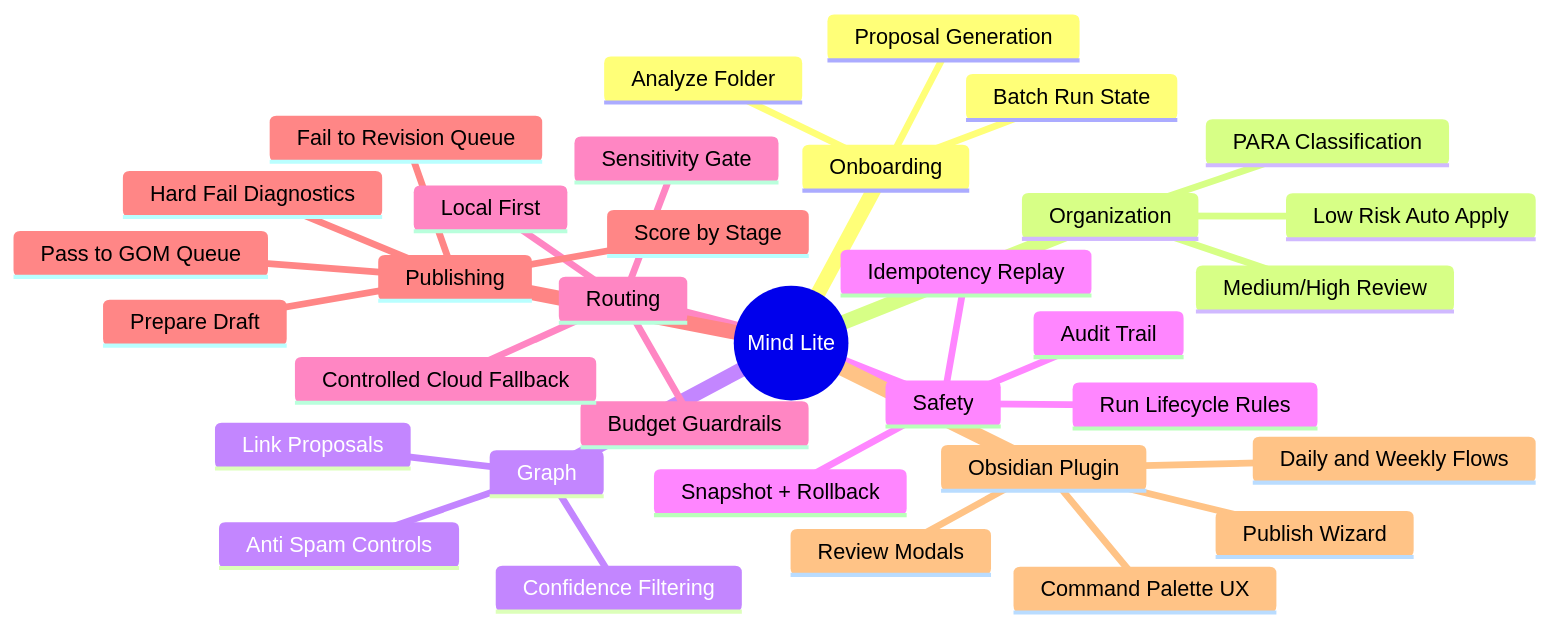
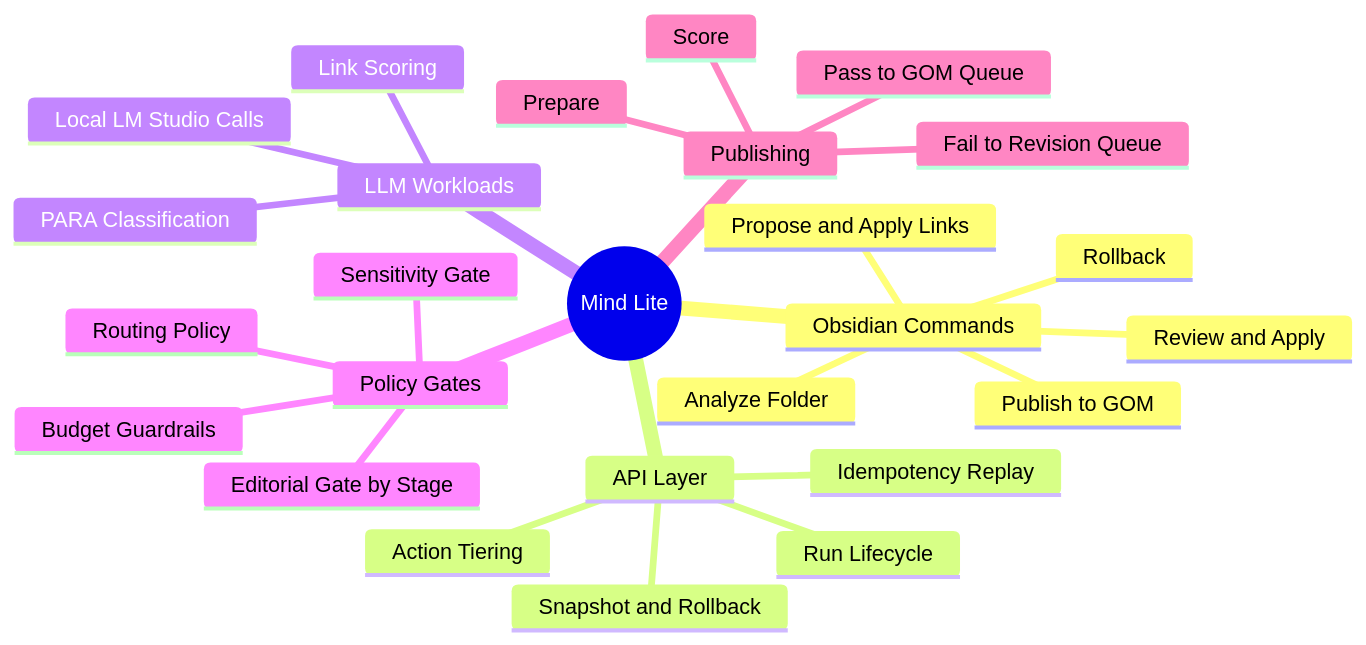
Before and after one commit to TorusSynth/Mind-Lite: the diagram in README.md, drawn with Mermaid. The commit also changed other lines of this file, not shown here.

````diff
--- a/README.md
+++ b/README.md
@@ -28,37 +24,29 @@
 ```mermaid
 mindmap
   root((Mind Lite))
-    Onboarding
+    Obsidian Commands
       Analyze Folder
-      Batch Run State
-      Proposal Generation
-    Organization
+      Review and Apply
+      Rollback
+      Propose and Apply Links
+      Publish to GOM
+    API Layer
+      Run Lifecycle
+      Action Tiering
+      Snapshot and Rollback
+      Idempotency Replay
+    LLM Workloads
       PARA Classification
-      Low Risk Auto Apply
-      Medium/High Review
-    Graph
-      Link Proposals
-      Confidence Filtering
-      Anti Spam Controls
-    Safety
-      Snapshot + Rollback
-      Idempotency Replay
-      Audit Trail
-      Run Lifecycle Rules
-    Routing
-      Local First
+      Link Scoring
+      Local LM Studio Calls
+    Policy Gates
       Sensitivity Gate
       Budget Guardrails
-      Controlled Cloud Fallback
+      Routing Policy
+      Editorial Gate by Stage
     Publishing
-      Prepare Draft
-      Score by Stage
-      Hard Fail Diagnostics
+      Prepare
+      Score
       Pass to GOM Queue
       Fail to Revision Queue
-    Obsidian Plugin
-      Command Palette UX
-      Review Modals
-      Daily and Weekly Flows
-      Publish Wizard
 ```
````
